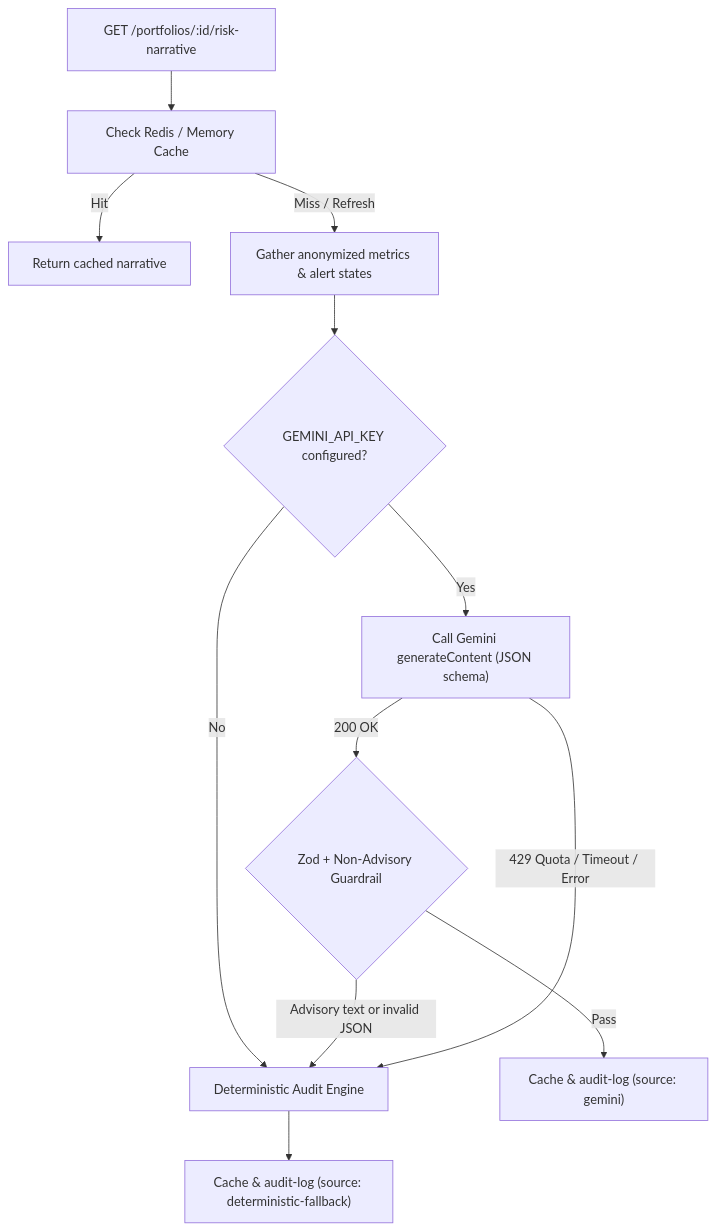
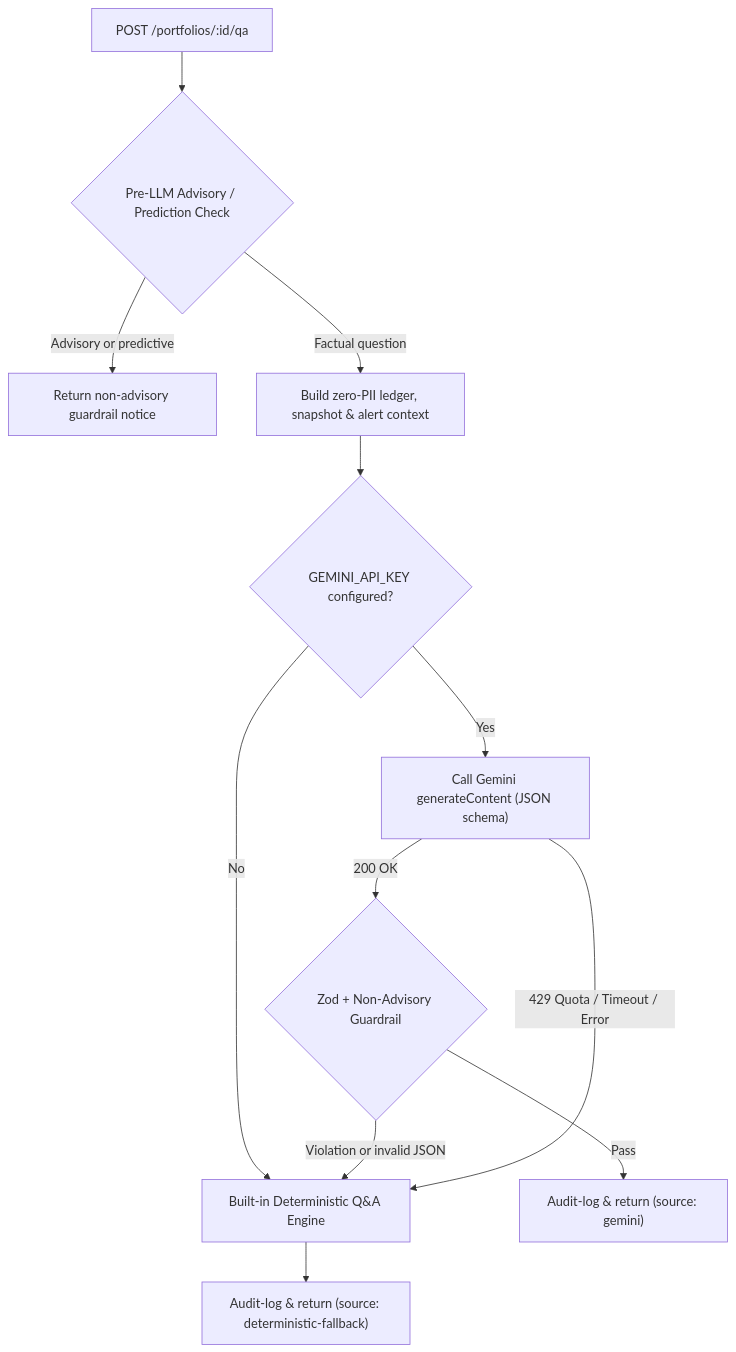
One commit to SriHarshaRajuY/RiskLens changed the first of 6 diagrams in README.md. Above: the diagram before and after it, drawn with Mermaid. The commit also changed other lines of this file and 9 other files, not shown here.

Commit message:
Added Ask About Your Portfolio Q&A UI, polished Risk Summary copy, and updated API docs

````diff
--- a/README.md
+++ b/README.md
@@ -66,14 +73,14 @@
 ```mermaid
 flowchart TD
-  Req["GET /portfolios/:id/risk-narrative"] --> Cache["Check Redis / Memory Cache"]
-  Cache -->|Hit| ReturnCached["Return cached narrative"]
-  Cache -->|Miss / Refresh| Compute["Gather anonymized metrics & alert states"]
-  Compute --> KeyCheck{"GEMINI_API_KEY configured?"}
-  KeyCheck -->|No| Fallback["Deterministic Audit Engine"]
+  Req["POST /portfolios/:id/qa"] --> PreGuard{"Pre-LLM Advisory / Prediction Check"}
+  PreGuard -->|Advisory or predictive| Refuse["Return non-advisory guardrail notice"]
+  PreGuard -->|Factual question| Context["Build zero-PII ledger, snapshot & alert context"]
+  Context --> KeyCheck{"GEMINI_API_KEY configured?"}
+  KeyCheck -->|No| Fallback["Built-in Deterministic Q&A Engine"]
   KeyCheck -->|Yes| Gemini["Call Gemini generateContent (JSON schema)"]
-  Gemini -->|200 OK| Guardrail{"Zod + Non-Advisory Guardrail"}
-  Guardrail -->|Pass| Store["Cache & audit-log (source: gemini)"]
-  Guardrail -->|Advisory text or invalid JSON| Fallback
+  Gemini -->|200 OK| PostGuard{"Zod + Non-Advisory Guardrail"}
+  PostGuard -->|Pass| ReturnAi["Audit-log & return (source: gemini)"]
+  PostGuard -->|Violation or invalid JSON| Fallback
   Gemini -->|429 Quota / Timeout / Error| Fallback
-  Fallback --> StoreFallback["Cache & audit-log (source: deterministic-fallback)"]
+  Fallback --> ReturnFallback["Audit-log & return (source: deterministic-fallback)"]
 ```
````
